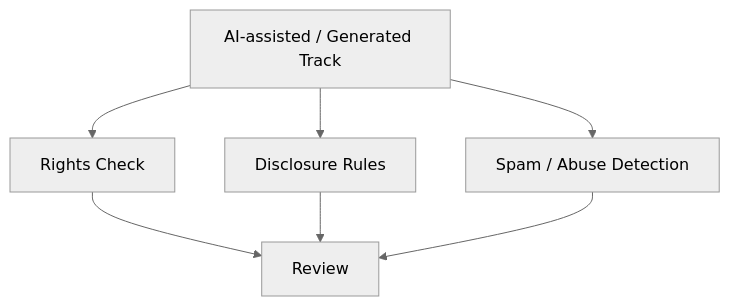
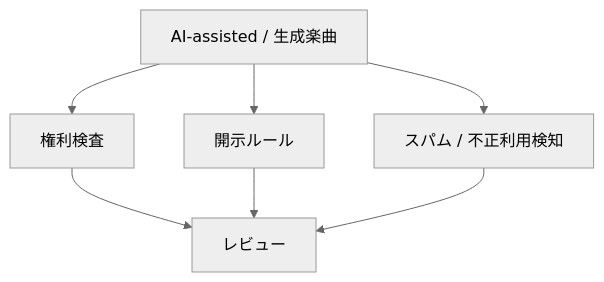
Before and after one commit to ShigeichiroYamasaki/creator-first-platform: diagram 17 of 29 in docs/whitepaper/05-creator-onboarding.md, drawn with Mermaid (neutral theme). The commit also changed other lines of this file and 72 other files, not shown here.

````diff
--- a/docs/whitepaper/05-creator-onboarding.md
+++ b/docs/whitepaper/05-creator-onboarding.md
@@ -558,11 +558,11 @@
 ```mermaid
 flowchart TD
-    AI[AI-assisted / Generated Track]
-    AI --> RIGHTS[Rights Check]
-    AI --> DISCLOSE[Disclosure Rules]
-    AI --> ABUSE[Spam / Abuse Detection]
+    AI[AI-assisted / 生成楽曲]
+    AI --> RIGHTS[権利検査]
+    AI --> DISCLOSE[開示ルール]
+    AI --> ABUSE[スパム / 不正利用検知]
 
-    RIGHTS --> REVIEW[Review]
+    RIGHTS --> REVIEW[レビュー]
     DISCLOSE --> REVIEW
     ABUSE --> REVIEW
 ```
````
